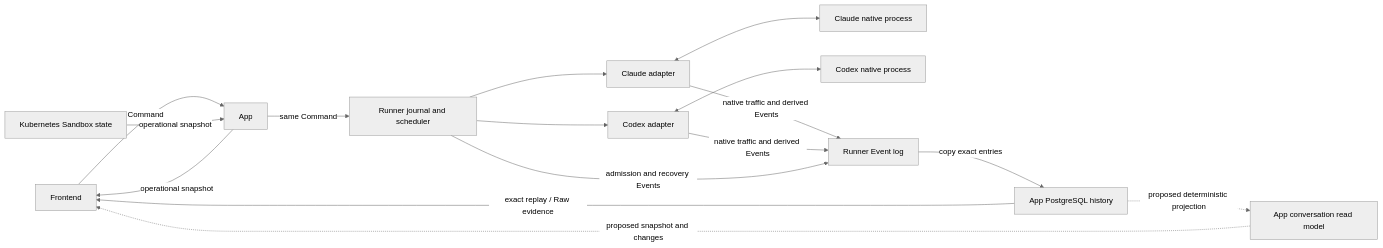
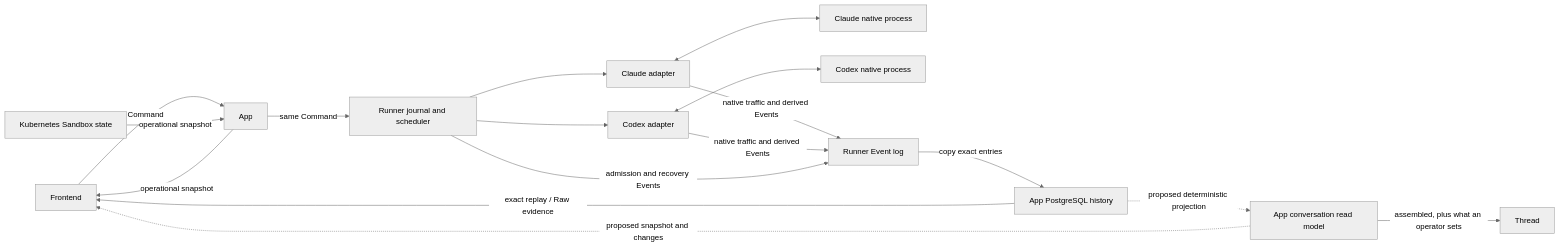
One commit to agentydragon/ducktape changed the first of 6 diagrams in agentplane/docs/thread_layering.md. Above: the diagram before and after it, drawn with Mermaid (neutral theme). The commit also changed other lines of this file and 1 other file, not shown here.

First line of the commit message:
agentplane: the event log sits below the thread in the layering design (#7620)

````diff
--- a/agentplane/docs/thread_layering.md
+++ b/agentplane/docs/thread_layering.md
@@ -34,18 +34,19 @@
 ```mermaid
 flowchart LR
     F[Frontend] -->|Command| A[App]
     A -->|same Command| R[Runner journal and scheduler]
     R --> C[Claude adapter]
     R --> D[Codex adapter]
     C <--> H1[Claude native process]
     D <--> H2[Codex native process]
     C -->|native traffic and derived Events| E[Runner Event log]
     D -->|native traffic and derived Events| E
     R -->|admission and recovery Events| E
     E -->|copy exact entries| P[App PostgreSQL history]
     P -->|exact replay / Raw evidence| F
     P -. proposed deterministic projection .-> V[App conversation read model]
+    V -->|assembled, plus what an operator sets| T[Thread]
     V -. proposed snapshot and changes .-> F
     K[Kubernetes Sandbox state] -->|operational snapshot| A
     A -->|operational snapshot| F
 ```
````
